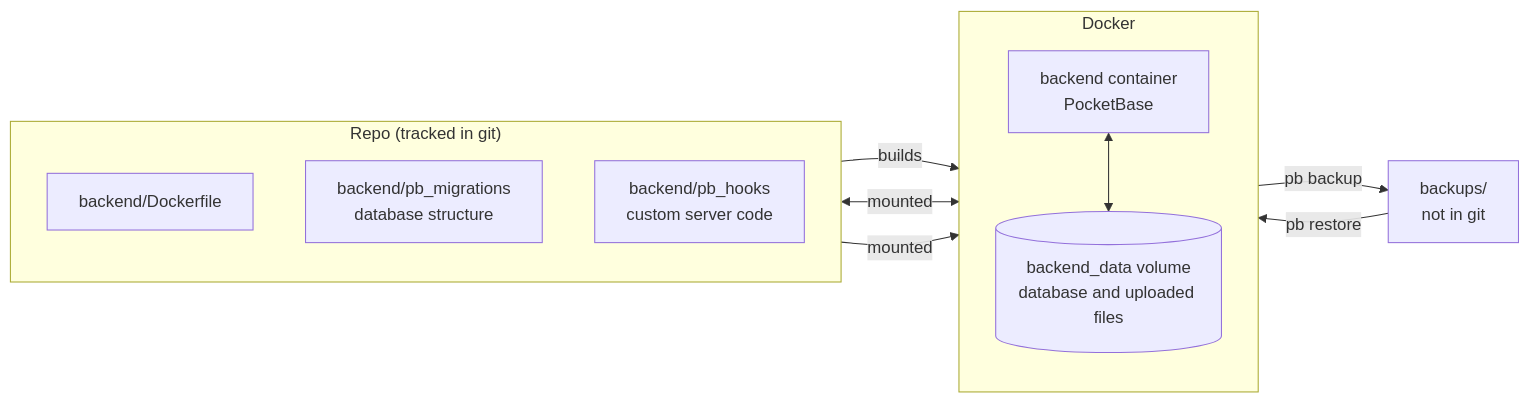
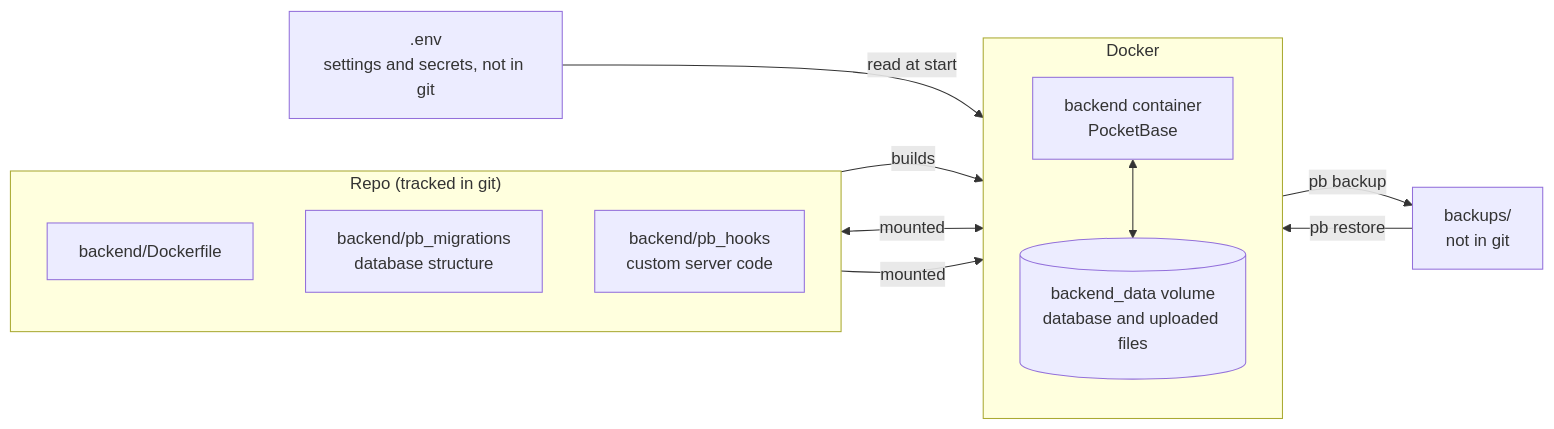
Before and after one commit to biruklarebo/veylith: the first of 9 diagrams in docs/backend.md, drawn with Mermaid. The commit also changed other lines of this file and 2 other files, not shown here.

````diff
--- a/docs/backend.md
+++ b/docs/backend.md
@@ -16,24 +16,26 @@
 ```mermaid
 flowchart LR
     subgraph repo["Repo (tracked in git)"]
         direction TB
         dockerfile["backend/Dockerfile"]
         migrations["backend/pb_migrations<br/>database structure"]
         hooks["backend/pb_hooks<br/>custom server code"]
     end
 
     subgraph docker["Docker"]
         direction TB
         container["backend container<br/>PocketBase"]
         volume[("backend_data volume<br/>database and uploaded files")]
     end
 
     backups["backups/<br/>not in git"]
+    env[".env<br/>settings and secrets, not in git"]
 
+    env -- "read at start" --> container
     dockerfile -- builds --> container
     migrations <-- mounted --> container
     hooks -- mounted --> container
     container <--> volume
     volume -- "pb backup" --> backups
     backups -- "pb restore" --> volume
 ```
````
